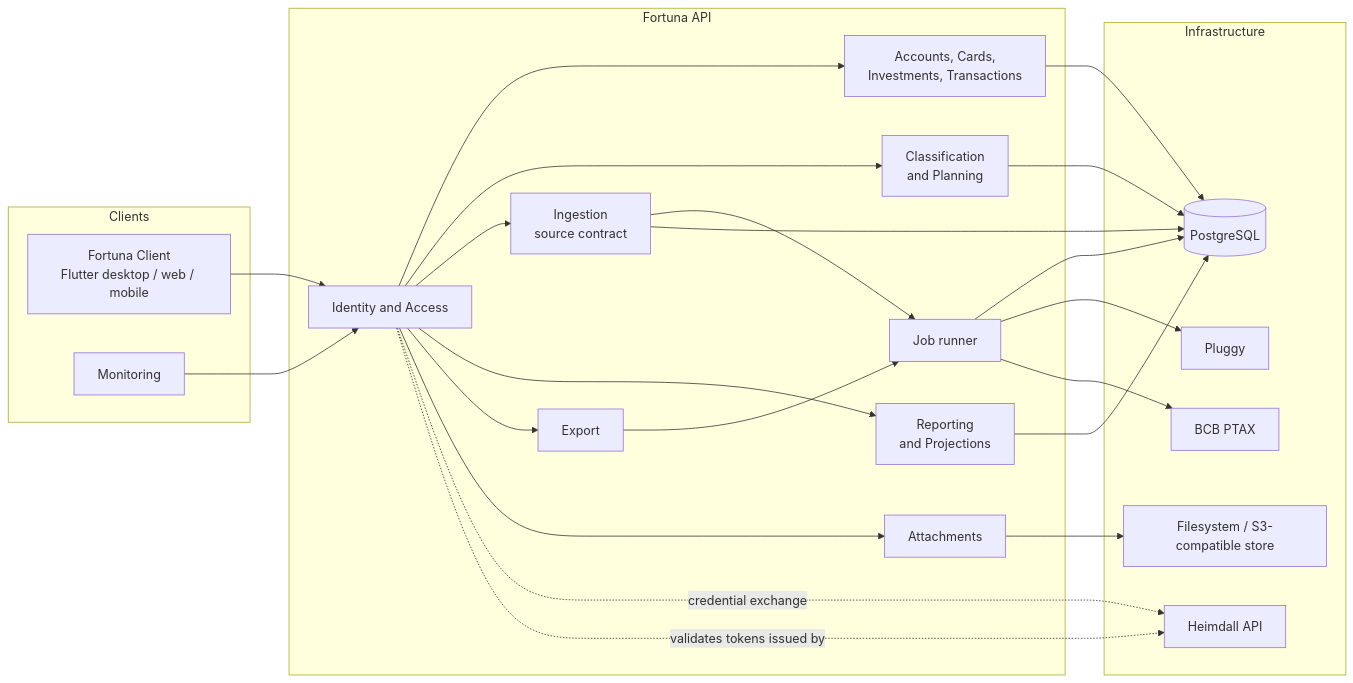
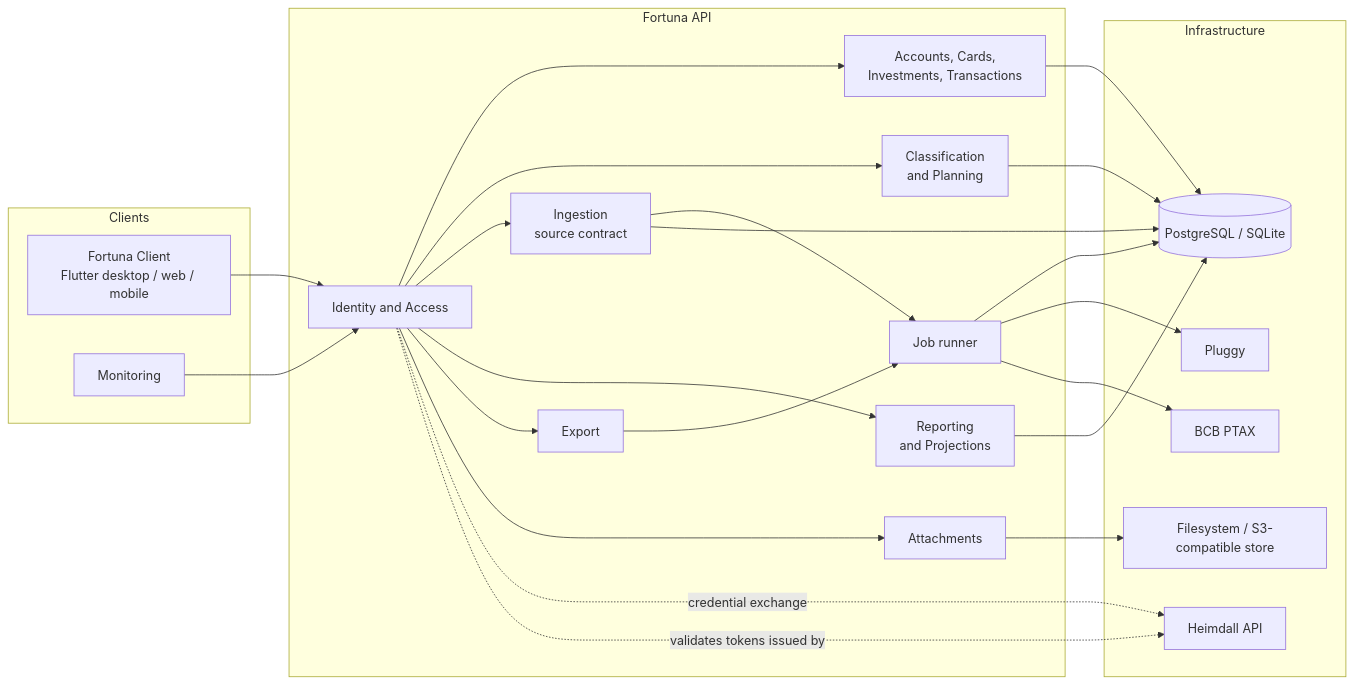
Before and after one commit to artur-rios/fortuna-api: the first of 3 diagrams in docs/requirements/System Requirements Document.md, drawn with Mermaid. The commit also changed other lines of this file and 38 other files, not shown here.

````diff
--- a/docs/requirements/System Requirements Document.md
+++ b/docs/requirements/System Requirements Document.md
@@ -55,47 +55,47 @@
 ```mermaid
 graph LR
     subgraph Clients
         FC[Fortuna Client<br/>Flutter desktop / web / mobile]
         MON[Monitoring]
     end
 
     subgraph FortunaAPI[Fortuna API]
         SEC[Identity and Access]
         DOM[Accounts, Cards,<br/>Investments, Transactions]
         CLS[Classification<br/>and Planning]
         ING[Ingestion<br/>source contract]
         RPT[Reporting<br/>and Projections]
         EXP[Export]
         ATT[Attachments]
         JOB[Job runner]
     end
 
     subgraph Infrastructure
-        DB[(PostgreSQL)]
+        DB[(PostgreSQL / SQLite)]
         FS[Filesystem / S3-compatible store]
         HD[Heimdall API]
         PL[Pluggy]
         PT[BCB PTAX]
     end
 
     FC --> SEC
     MON --> SEC
     SEC --> DOM
     SEC --> CLS
     SEC --> ING
     SEC --> RPT
     SEC --> EXP
     SEC --> ATT
     ING --> JOB
     EXP --> JOB
     DOM --> DB
     CLS --> DB
     ING --> DB
     RPT --> DB
     JOB --> DB
     ATT --> FS
     SEC -.credential exchange.-> HD
     SEC -.validates tokens issued by.-> HD
     JOB --> PL
     JOB --> PT
 ```
````
